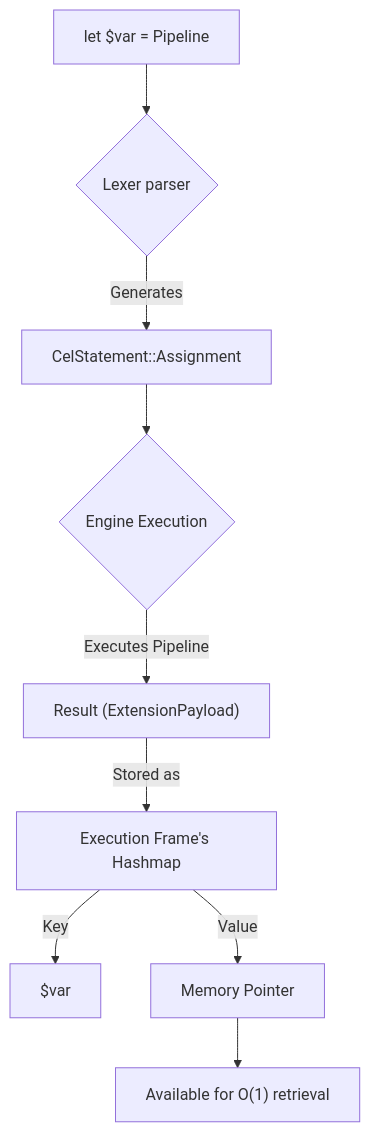
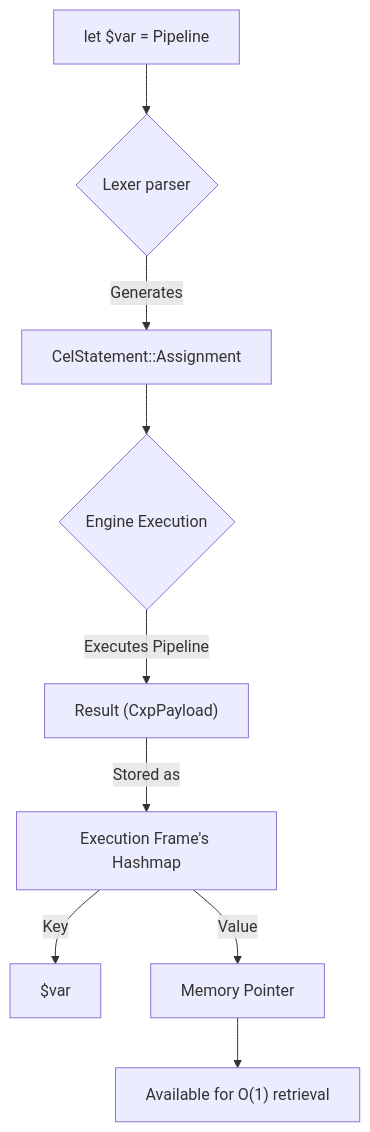
Before and after one commit to ayan-kushwaha/Cluaiz-: the diagram in docs/cel/tutorials/variable_assignments.md, drawn with Mermaid. The commit also changed 109 other files, not shown here.

````diff
--- a/docs/cel/tutorials/variable_assignments.md
+++ b/docs/cel/tutorials/variable_assignments.md
@@ -30,17 +30,17 @@
 ```mermaid
 flowchart TD
     A["let $var = Pipeline"] --> B{"Lexer parser"}
     
     B -->|Generates| C["CelStatement::Assignment"]
     
     C --> D{"Engine Execution"}
     
-    D -->|Executes Pipeline| E["Result (ExtensionPayload)"]
+    D -->|Executes Pipeline| E["Result (CxpPayload)"]
     
     E -->|Stored as| F["Execution Frame's Hashmap"]
     
     F -->|Key| G["$var"]
     F -->|Value| H["Memory Pointer"]
     
     H --> I["Available for O(1) retrieval"]
 ```
````
